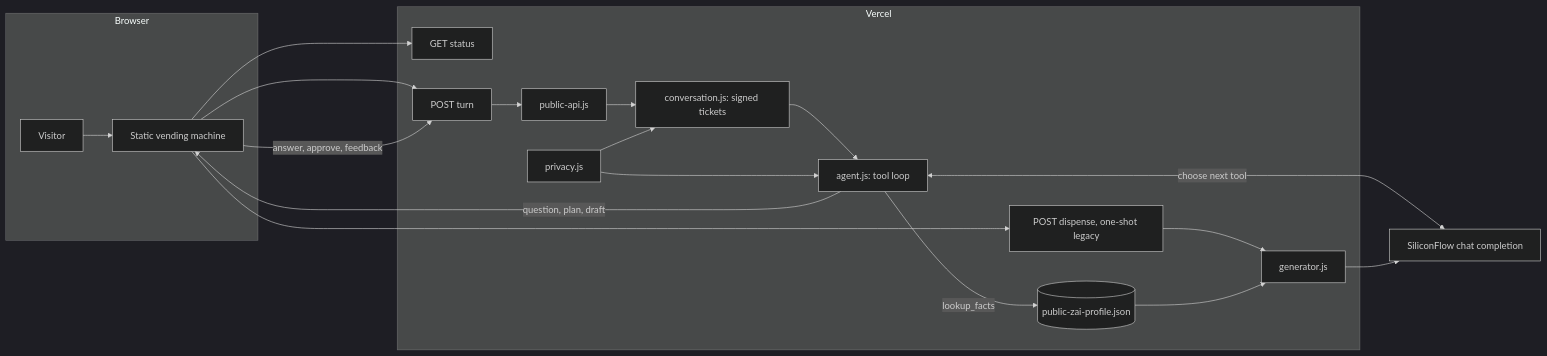
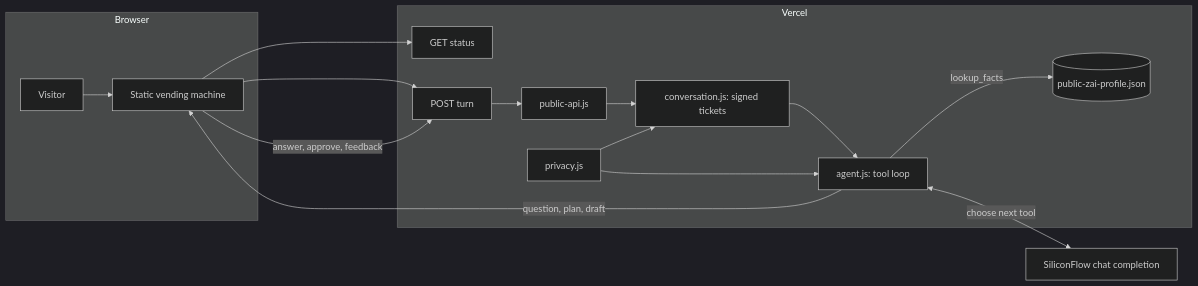
The diagram in docs/vending-architecture.md (zayyyseuc/minimi), drawn with Mermaid (dark theme) before and after one commit. The commit also changed other lines of this file and 14 other files, not shown here.

First line of the commit message:
chore: remove the pre-agent one-shot code path

````diff
--- a/docs/vending-architecture.md
+++ b/docs/vending-architecture.md
@@ -11,25 +11,21 @@
 ```mermaid
 flowchart LR
     subgraph Browser
         Visitor[Visitor] --> UI[Static vending machine]
     end
 
     subgraph Vercel
         UI --> Status[GET status]
         UI --> Turn[POST turn]
-        UI --> Dispense[POST dispense, one-shot legacy]
         Turn --> PublicAPI[public-api.js]
         PublicAPI --> Conversation[conversation.js: signed tickets]
         Conversation --> Agent[agent.js: tool loop]
         Agent -->|lookup_facts| Profile[(public-zai-profile.json)]
         Privacy[privacy.js] --> Conversation
         Privacy --> Agent
-        Dispense --> Generator[generator.js]
-        Profile --> Generator
     end
 
     Agent <-->|choose next tool| SiliconFlow[SiliconFlow chat completion]
-    Generator --> SiliconFlow
     Agent -->|question, plan, draft| UI
     UI -->|answer, approve, feedback| Turn
 ```
````
